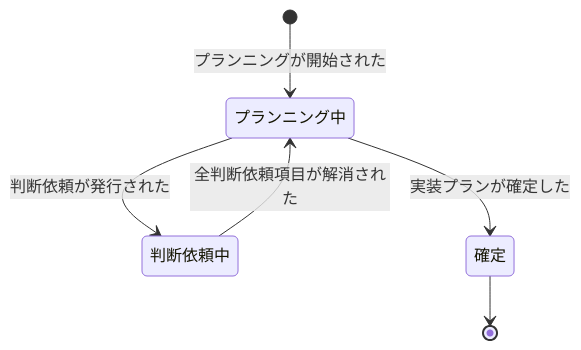
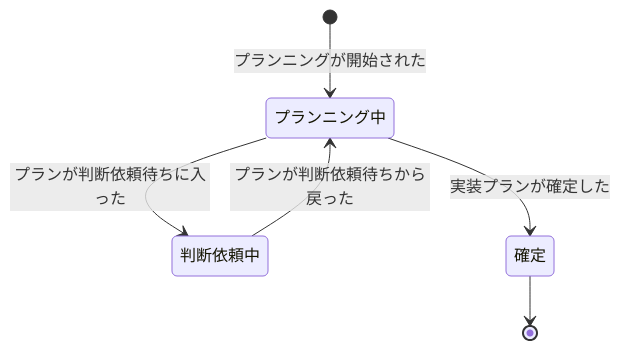
One commit to kuchita-el/claude-shared-skills changed the first of 7 diagrams in docs/development/event-storming.md. Above: the diagram before and after it, drawn with Mermaid. The commit also changed other lines of this file, not shown here.

Commit message:
fix(event-storming): 実装プラン集約 状態遷移図ラベルを受け手集約観点のイベントへ置換
PR #189 セルフレビュー指摘対応。

- 状態遷移図ラベル `判断依頼が発行された` / `全判断依頼項目が解消された` を新規定義イベント `プランが判断依頼待ちに入った` / `プランが判断依頼待ちから戻った` に置換

- 補足散文に P8/P9 経由の駆動と受け手集約観点のライフサイクルイベントである旨を明示

中核方針「受け手集約観点でのイベント言語化」を状態遷移図ラベルにも徹底し、新規定義イベントが図中で参照される構造に整える。

````diff
--- a/docs/development/event-storming.md
+++ b/docs/development/event-storming.md
@@ -99,8 +99,8 @@
 ```mermaid
 stateDiagram-v2
     [*] --> プランニング中: プランニングが開始された
-    プランニング中 --> 判断依頼中: 判断依頼が発行された
-    判断依頼中 --> プランニング中: 全判断依頼項目が解消された
+    プランニング中 --> 判断依頼中: プランが判断依頼待ちに入った
+    判断依頼中 --> プランニング中: プランが判断依頼待ちから戻った
     プランニング中 --> 確定: 実装プランが確定した
     確定 --> [*]
 ```
````
